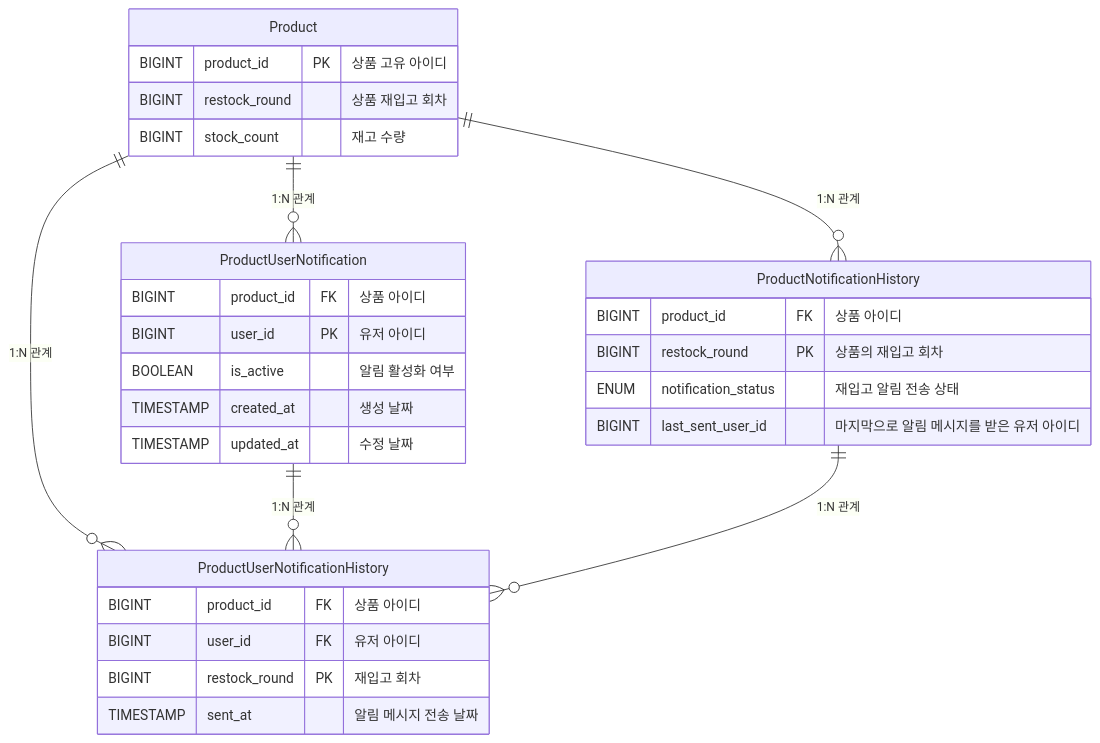
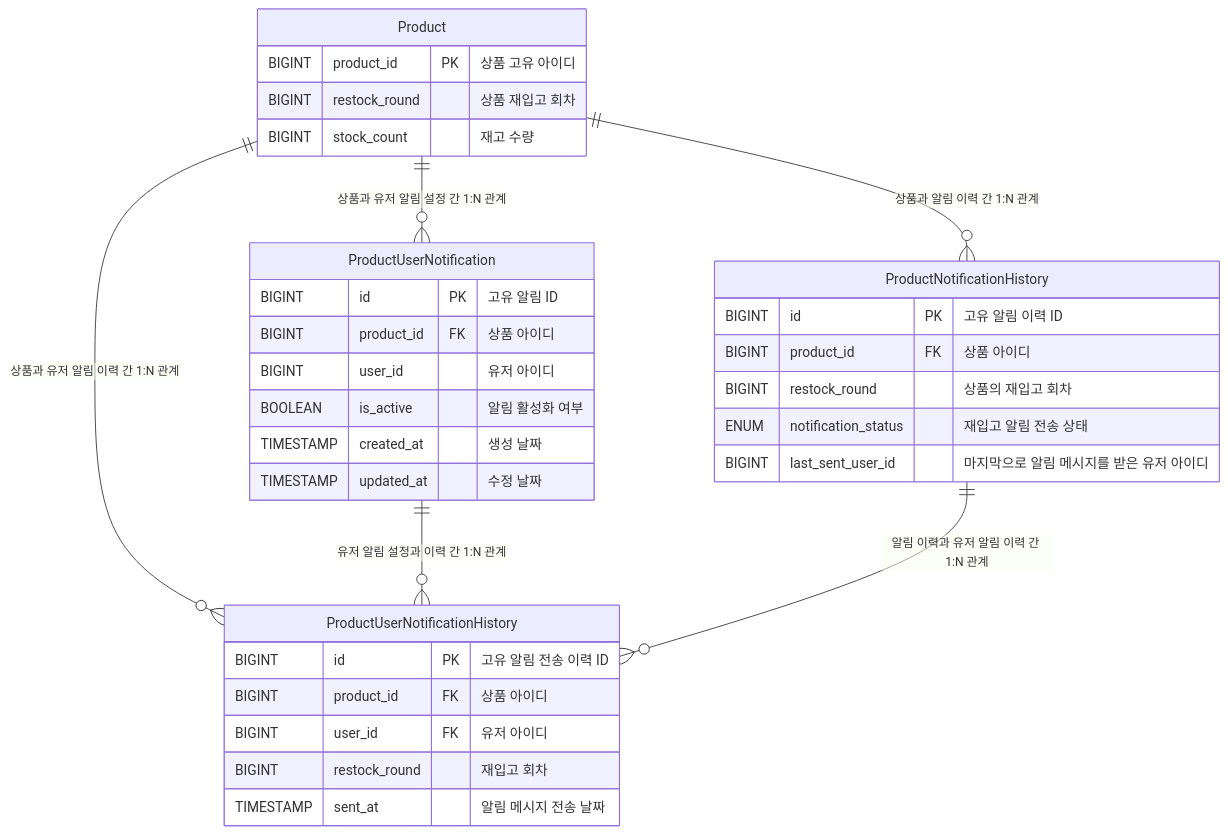
Before and after one commit to gpfksdlrn/restockAlertService: the diagram in docs/erd.md, drawn with Mermaid. The commit also changed 3 other files, not shown here.

````diff
--- a/docs/erd.md
+++ b/docs/erd.md
@@ -2,35 +2,38 @@
 ```mermaid
 erDiagram
     Product {
         BIGINT product_id PK "상품 고유 아이디"
         BIGINT restock_round "상품 재입고 회차"
         BIGINT stock_count "재고 수량"
     }
 
     ProductNotificationHistory {
+        BIGINT id PK "고유 알림 이력 ID"
         BIGINT product_id FK "상품 아이디"
-        BIGINT restock_round PK "상품의 재입고 회차"
+        BIGINT restock_round "상품의 재입고 회차"
         ENUM notification_status "재입고 알림 전송 상태"
         BIGINT last_sent_user_id "마지막으로 알림 메시지를 받은 유저 아이디"
     }
-    Product ||--o{ ProductNotificationHistory : "1:N 관계"
+    Product ||--o{ ProductNotificationHistory : "상품과 알림 이력 간 1:N 관계"
 
     ProductUserNotification {
+        BIGINT id PK "고유 알림 ID"
         BIGINT product_id FK "상품 아이디"
-        BIGINT user_id PK "유저 아이디"
+        BIGINT user_id "유저 아이디"
         BOOLEAN is_active "알림 활성화 여부"
         TIMESTAMP created_at "생성 날짜"
         TIMESTAMP updated_at "수정 날짜"
     }
-    Product ||--o{ ProductUserNotification : "1:N 관계"
+    Product ||--o{ ProductUserNotification : "상품과 유저 알림 설정 간 1:N 관계"
 
     ProductUserNotificationHistory {
+        BIGINT id PK "고유 알림 전송 이력 ID"
         BIGINT product_id FK "상품 아이디"
         BIGINT user_id FK "유저 아이디"
-        BIGINT restock_round PK "재입고 회차"
+        BIGINT restock_round "재입고 회차"
         TIMESTAMP sent_at "알림 메시지 전송 날짜"
     }
-    Product ||--o{ ProductUserNotificationHistory : "1:N 관계"
-    ProductUserNotification ||--o{ ProductUserNotificationHistory : "1:N 관계"
-    ProductNotificationHistory ||--o{ ProductUserNotificationHistory : "1:N 관계"
+    Product ||--o{ ProductUserNotificationHistory : "상품과 유저 알림 이력 간 1:N 관계"
+    ProductUserNotification ||--o{ ProductUserNotificationHistory : "유저 알림 설정과 이력 간 1:N 관계"
+    ProductNotificationHistory ||--o{ ProductUserNotificationHistory : "알림 이력과 유저 알림 이력 간 1:N 관계"
 ```
````
